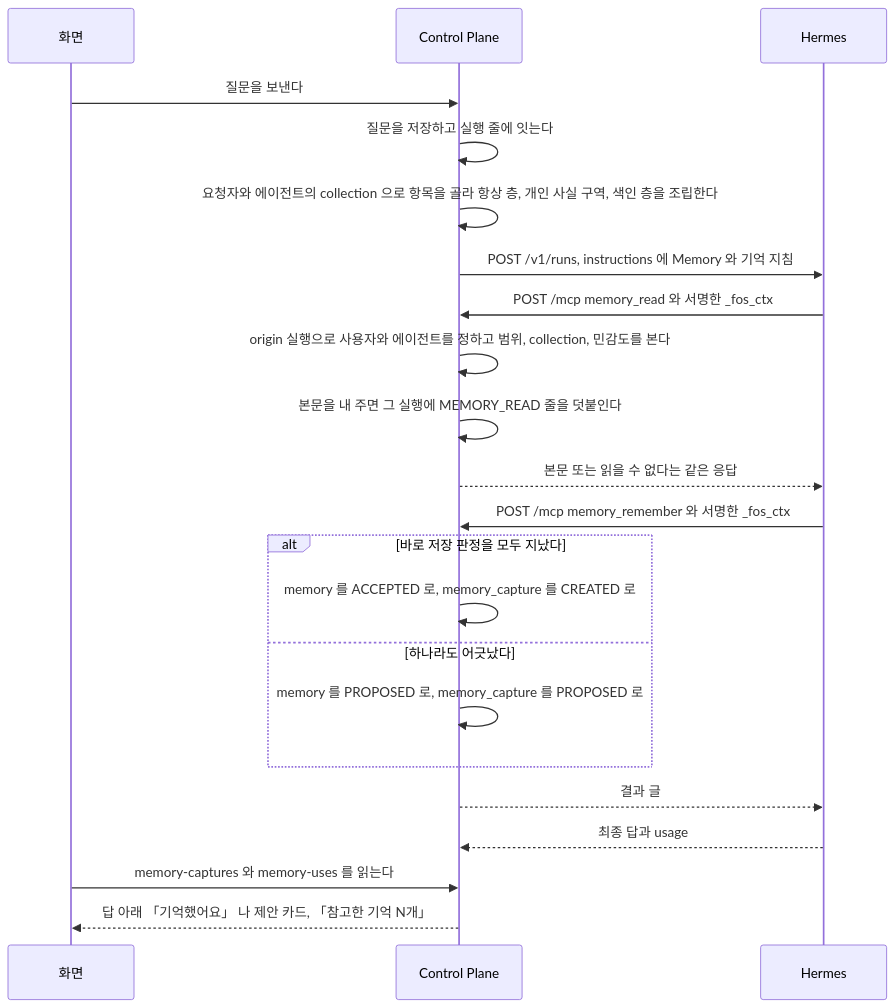
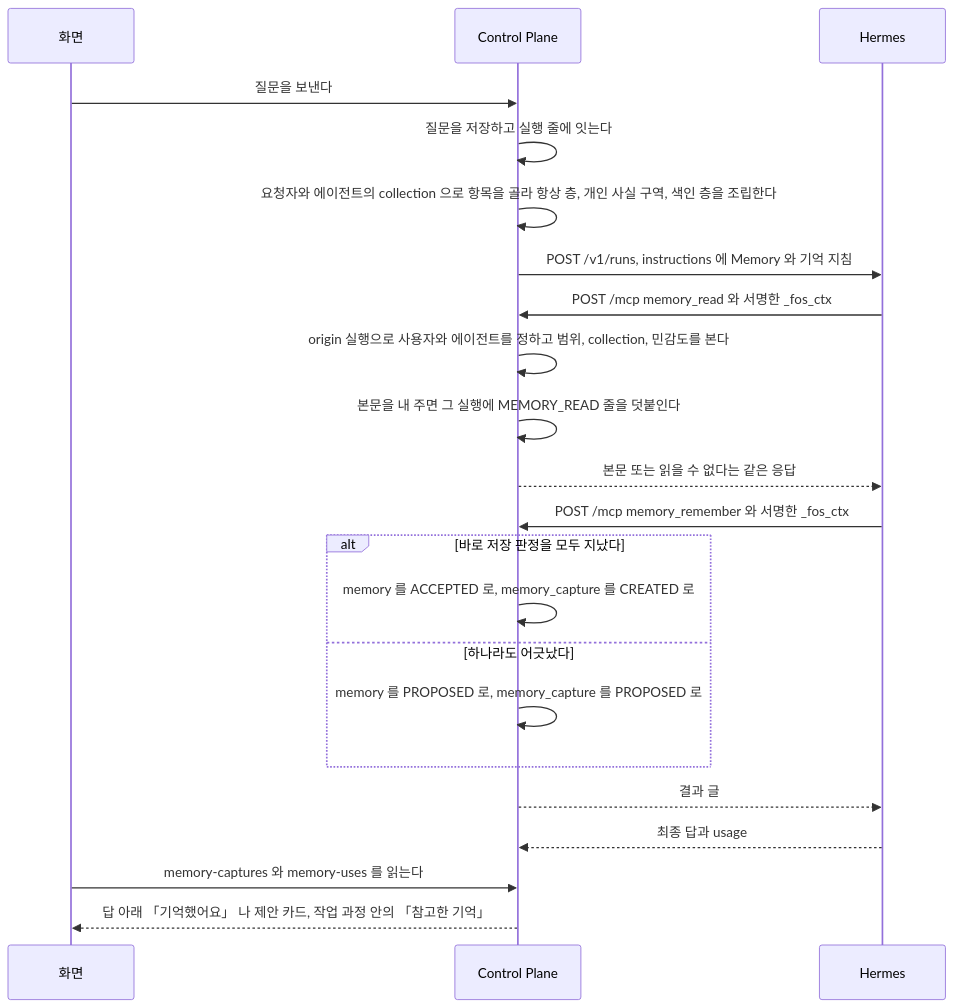
Before and after one commit to jon890/fos-assistant: the second of 2 diagrams in docs/features/memory.md, drawn with Mermaid. The commit also changed other lines of this file and 2 other files, not shown here.

Commit message:
docs(docs): 원문 열람과 참고한 기억의 화면 위치를 작업 과정 블록 안으로 고친다

````diff
--- a/docs/features/memory.md
+++ b/docs/features/memory.md
@@ -125,25 +127,25 @@
 ```mermaid
 sequenceDiagram
     participant W as 화면
     participant C as Control Plane
     participant H as Hermes
 
     W->>C: 질문을 보낸다
     C->>C: 질문을 저장하고 실행 줄에 잇는다
     C->>C: 요청자와 에이전트의 collection 으로 항목을 골라 항상 층, 개인 사실 구역, 색인 층을 조립한다
     C->>H: POST /v1/runs, instructions 에 Memory 와 기억 지침
     H->>C: POST /mcp memory_read 와 서명한 _fos_ctx
     C->>C: origin 실행으로 사용자와 에이전트를 정하고 범위, collection, 민감도를 본다
     C->>C: 본문을 내 주면 그 실행에 MEMORY_READ 줄을 덧붙인다
     C-->>H: 본문 또는 읽을 수 없다는 같은 응답
     H->>C: POST /mcp memory_remember 와 서명한 _fos_ctx
     alt 바로 저장 판정을 모두 지났다
         C->>C: memory 를 ACCEPTED 로, memory_capture 를 CREATED 로
     else 하나라도 어긋났다
         C->>C: memory 를 PROPOSED 로, memory_capture 를 PROPOSED 로
     end
     C-->>H: 결과 글
     H-->>C: 최종 답과 usage
     W->>C: memory-captures 와 memory-uses 를 읽는다
-    C-->>W: 답 아래 「기억했어요」 나 제안 카드, 「참고한 기억 N개」
+    C-->>W: 답 아래 「기억했어요」 나 제안 카드, 작업 과정 안의 「참고한 기억」
 ```
````
